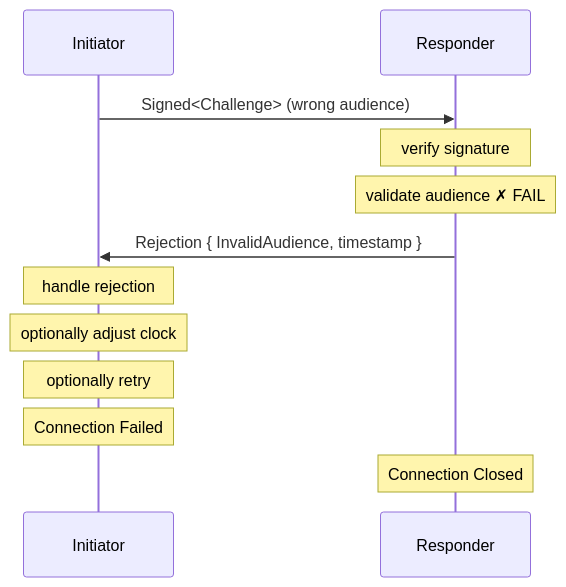
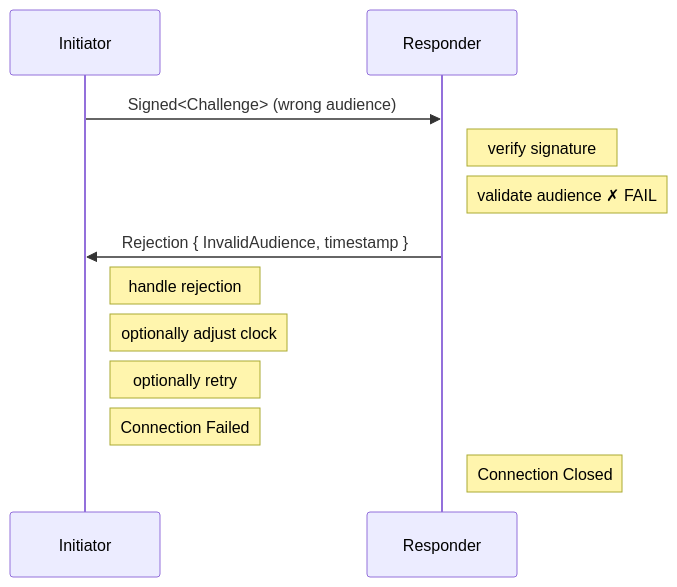
One commit to inkandswitch/subduction changed the fourth of 4 diagrams in design/handshake.md. Above: the diagram before and after it, drawn with Mermaid. The commit also changed other lines of this file, not shown here.

Commit message:
Improve diagrams

````diff
--- a/design/handshake.md
+++ b/design/handshake.md
@@ -214,19 +215,19 @@
 ```mermaid
 sequenceDiagram
     participant I as Initiator
     participant R as Responder
 
     I->>R: Signed<Challenge> (wrong audience)
 
-    Note over R: verify signature
-    Note over R: validate audience ✗ FAIL
+    Note right of R: verify signature
+    Note right of R: validate audience ✗ FAIL
 
     R->>I: Rejection { InvalidAudience, timestamp }
 
-    Note over I: handle rejection
-    Note over I: optionally adjust clock
-    Note over I: optionally retry
+    Note right of I: handle rejection
+    Note right of I: optionally adjust clock
+    Note right of I: optionally retry
 
-    Note over I: Connection Failed
-    Note over R: Connection Closed
+    Note right of I: Connection Failed
+    Note right of R: Connection Closed
 ```
````
